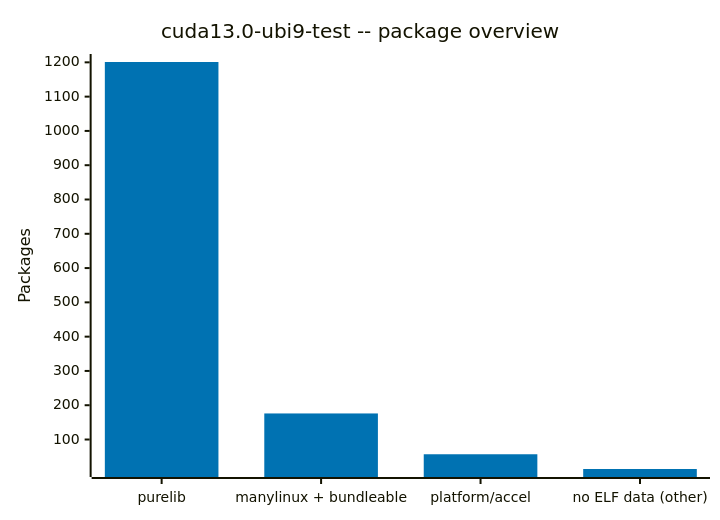
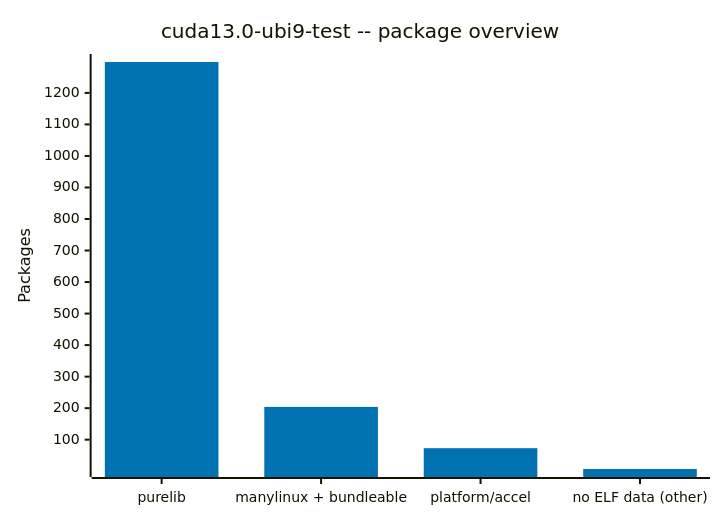
The diagram in data/rhoai-3.6/cuda13.0-ubi9-test/elf-analysis.md (tiran/sdist-analyzer-results), drawn with Mermaid before and after one commit. The commit also changed other lines of this file and 27529 other files, not shown here.

````diff
--- a/data/rhoai-3.6/cuda13.0-ubi9-test/elf-analysis.md
+++ b/data/rhoai-3.6/cuda13.0-ubi9-test/elf-analysis.md
@@ -25,8 +25,8 @@
 ```mermaid
 %%{init: {"theme": "base", "themeVariables": {"xyChart": {"plotColorPalette": "#0072B2, #009E73, #D55E00, #999999"}}}}%%
 xychart-beta
     title "cuda13.0-ubi9-test -- package overview"
     x-axis ["purelib", "manylinux + bundleable", "platform/accel", "no ELF data (other)"]
     y-axis "Packages"
-    bar [1201, 176, 57, 14]
+    bar [1298, 204, 73, 7]
 ```
````
